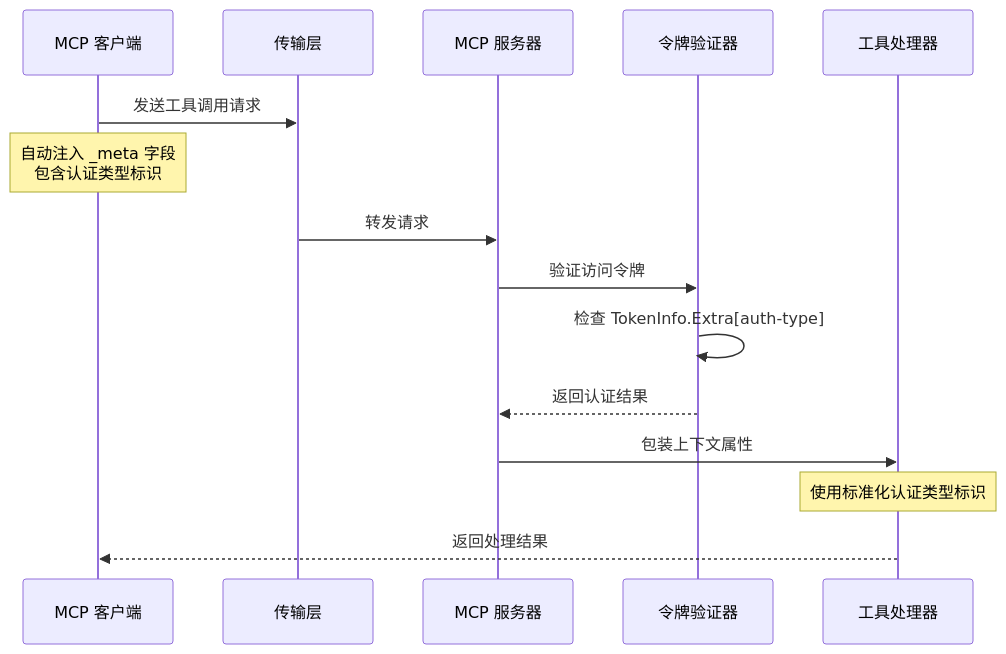
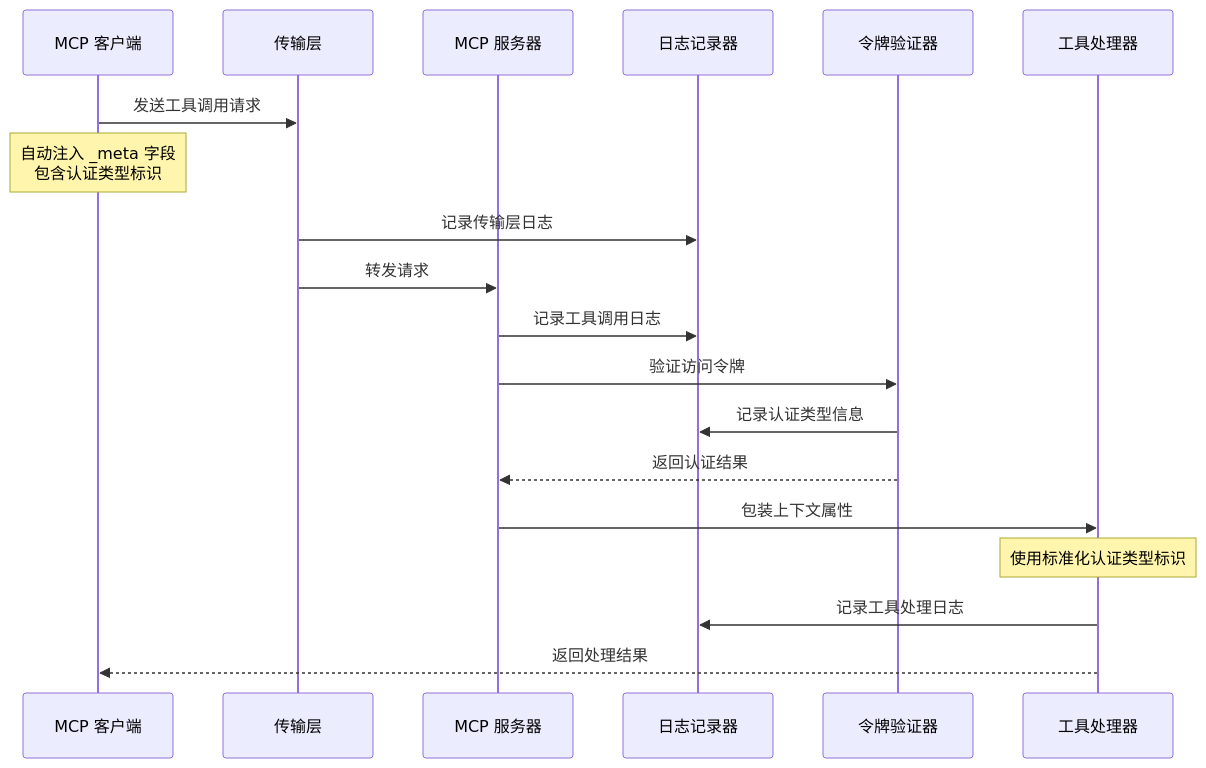
One commit to maomao94/zero-service changed the sixth of 9 diagrams in .qoder/repowiki/zh/content/Mcpx Authentication System.md. Above: the diagram before and after it, drawn with Mermaid. The commit also changed other lines of this file and 25 other files, not shown here.

````diff
--- a/.qoder/repowiki/zh/content/Mcpx Authentication System.md
+++ b/.qoder/repowiki/zh/content/Mcpx Authentication System.md
@@ -252,17 +344,21 @@
 ```mermaid
 sequenceDiagram
 participant Client as MCP 客户端
 participant Transport as 传输层
 participant Server as MCP 服务器
+participant Logger as 日志记录器
 participant Verifier as 令牌验证器
 participant Handler as 工具处理器
 Client->>Transport : 发送工具调用请求
 Note over Client : 自动注入 _meta 字段<br/>包含认证类型标识
+Transport->>Logger : 记录传输层日志
 Transport->>Server : 转发请求
+Server->>Logger : 记录工具调用日志
 Server->>Verifier : 验证访问令牌
-Verifier->>Verifier : 检查 TokenInfo.Extra[auth-type]
+Verifier->>Logger : 记录认证类型信息
 Verifier-->>Server : 返回认证结果
 Server->>Handler : 包装上下文属性
 Note over Handler : 使用标准化认证类型标识
+Handler->>Logger : 记录工具处理日志
 Handler-->>Client : 返回处理结果
 ```
````
